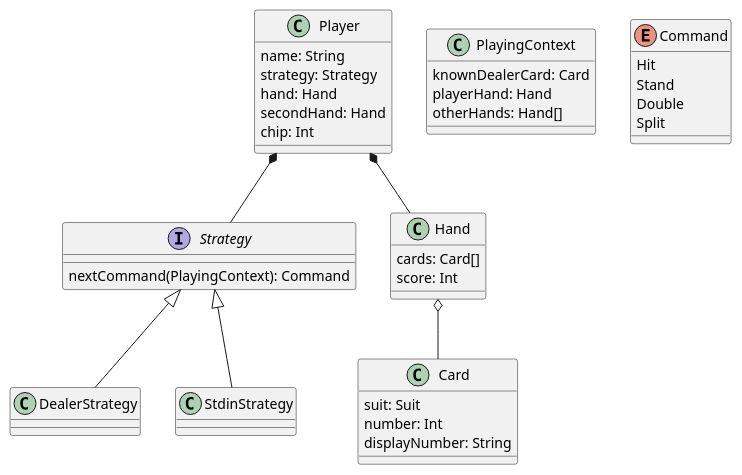
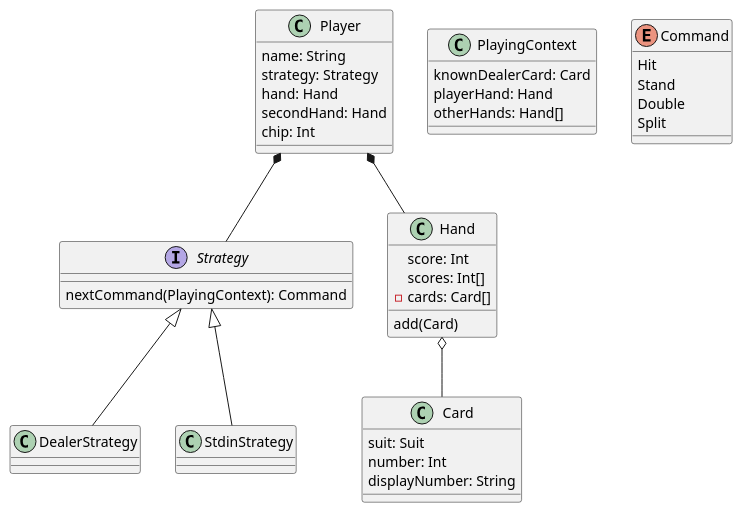
Before and after one commit to lettas/blackjack: the diagram in design/class-diagrams.plantuml, drawn with PlantUML.

Commit message:
Handのクラス図を更新しておく

```diff
--- a/design/class-diagrams.plantuml
+++ b/design/class-diagrams.plantuml
@@ -1,44 +1,46 @@
 @startuml Blackjack
 
 class Player {
     name: String
     strategy: Strategy
     hand: Hand
     secondHand: Hand
     chip: Int
 }
 Player *-- Strategy
 Player *-- Hand
 
 interface Strategy {
     nextCommand(PlayingContext): Command
 }
 Strategy <|-- DealerStrategy
 Strategy <|-- StdinStrategy
 
 class Hand {
-    cards: Card[]
     score: Int
+    scores: Int[]
+    - cards: Card[]
+    add(Card)
 }
 Hand o-- Card
 
 class Card {
     suit: Suit
     number: Int
     displayNumber: String
 }
 
 class PlayingContext {
     knownDealerCard: Card
     playerHand: Hand
     otherHands: Hand[]
 }
 
 enum Command {
     Hit
     Stand
     Double
     Split
 }
 
 @enduml
```
